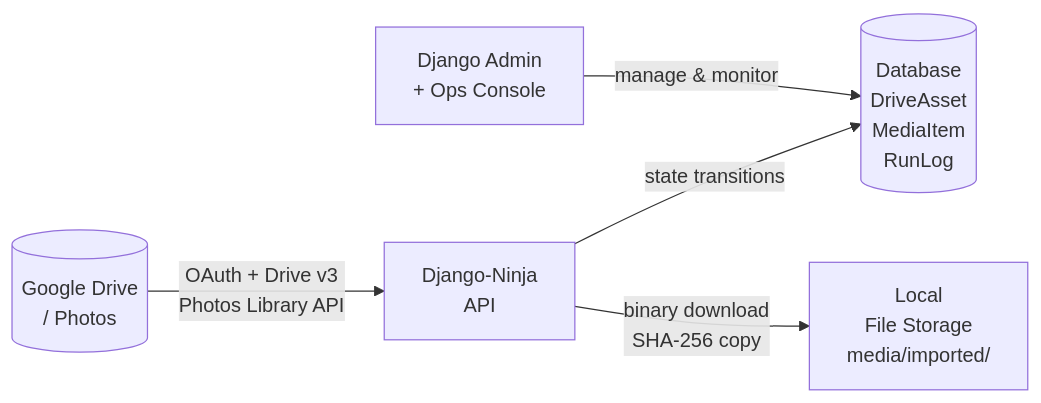
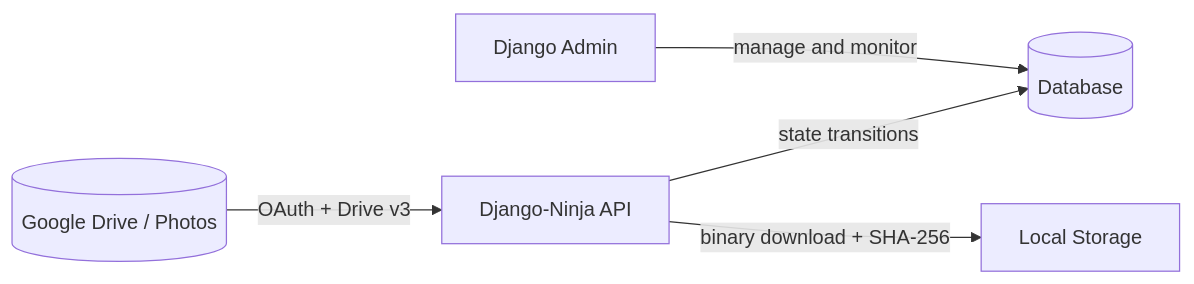
Before and after one commit to devadalberto/backdeezup: the first of 4 diagrams in README.md, drawn with Mermaid. The commit also changed other lines of this file and 18 other files, not shown here.

First line of the commit message:
docs: release v0.3.0 - complete documentation suite and fixed Mermaid diagrams

````diff
--- a/README.md
+++ b/README.md
@@ -13,13 +18,13 @@
 ```mermaid
 flowchart LR
-    GD[(Google Drive\n/ Photos)]
-    API[Django-Ninja\nAPI]
-    DB[(Database\nDriveAsset\nMediaItem\nRunLog)]
-    FS[Local\nFile Storage\nmedia/imported/]
-    AD[Django Admin\n+ Ops Console]
+    GD[(Google Drive / Photos)]
+    API[Django-Ninja API]
+    DB[(Database)]
+    FS[Local Storage]
+    AD[Django Admin]
 
-    GD -->|OAuth + Drive v3\nPhotos Library API| API
+    GD -->|OAuth + Drive v3| API
     API -->|state transitions| DB
-    API -->|binary download\nSHA-256 copy| FS
-    AD -->|manage & monitor| DB
+    API -->|binary download + SHA-256| FS
+    AD -->|manage and monitor| DB
 ```
````
